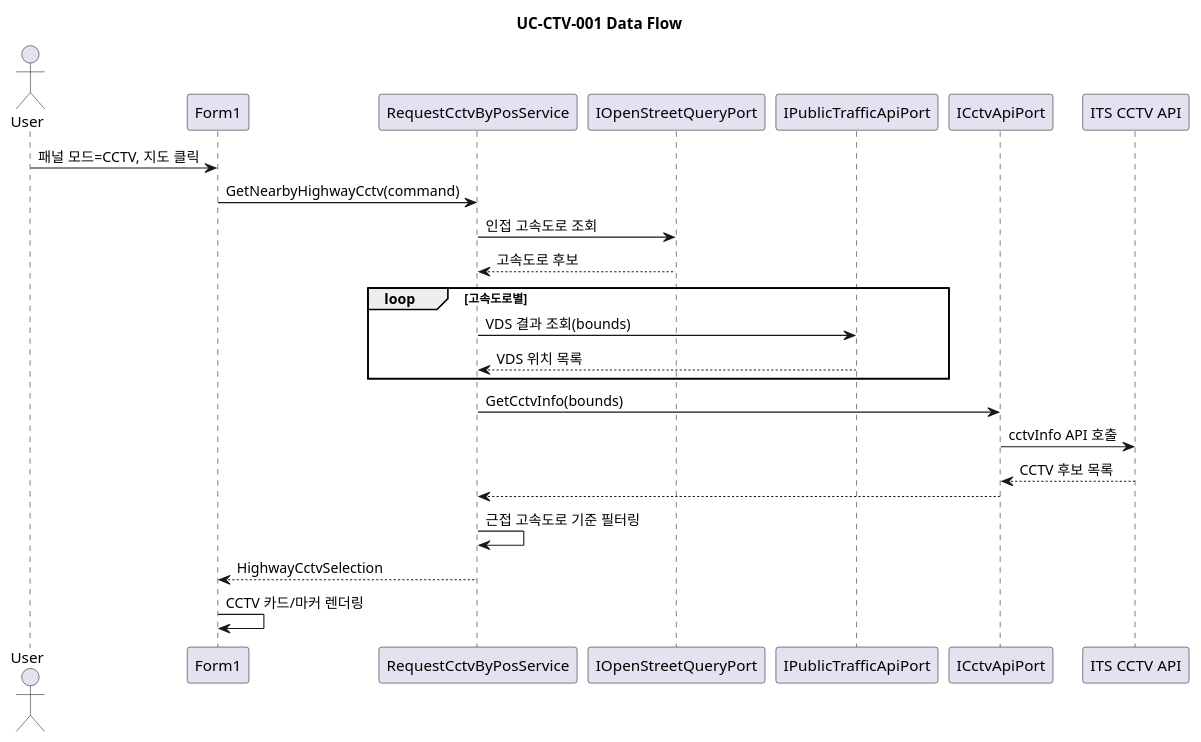
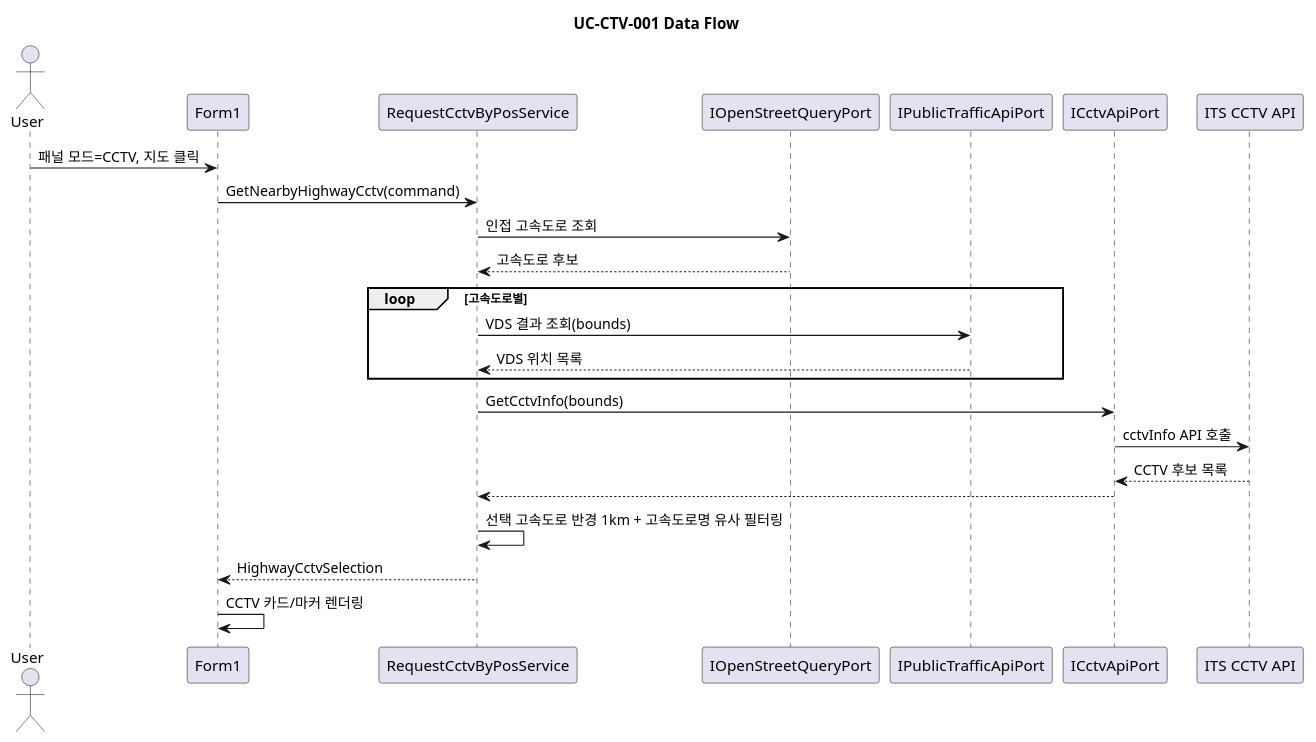
Before and after one commit to omegafrog/TrafficSolution: diagram 11 of 24 in docs/usecase-spec.md, drawn with PlantUML. The commit also changed other lines of this file and 1 other file, not shown here.

Commit message:
docs: CCTV 조회 규칙을 최근접 고속도로·1km·이름 유사 기준으로 동기화

````diff
--- a/docs/usecase-spec.md
+++ b/docs/usecase-spec.md
@@ -329,33 +329,33 @@
 ```plantuml
 @startuml
 title UC-CTV-001 Data Flow
 
 actor User
 participant Form1
 participant "RequestCctvByPosService" as CctvSvc
 participant "IOpenStreetQueryPort" as OpenStreetPort
 participant "IPublicTrafficApiPort" as TrafficApiPort
 participant "ICctvApiPort" as CctvApiPort
 participant "ITS CCTV API" as CctvApi
 
 User -> Form1 : 패널 모드=CCTV, 지도 클릭
 Form1 -> CctvSvc : GetNearbyHighwayCctv(command)
 
 CctvSvc -> OpenStreetPort : 인접 고속도로 조회
 OpenStreetPort --> CctvSvc : 고속도로 후보
 
 loop 고속도로별
   CctvSvc -> TrafficApiPort : VDS 결과 조회(bounds)
   TrafficApiPort --> CctvSvc : VDS 위치 목록
 end
 
 CctvSvc -> CctvApiPort : GetCctvInfo(bounds)
 CctvApiPort -> CctvApi : cctvInfo API 호출
 CctvApi --> CctvApiPort : CCTV 후보 목록
 CctvApiPort --> CctvSvc
 
-CctvSvc -> CctvSvc : 근접 고속도로 기준 필터링
+CctvSvc -> CctvSvc : 선택 고속도로 반경 1km + 고속도로명 유사 필터링
 CctvSvc --> Form1 : HighwayCctvSelection
 Form1 -> Form1 : CCTV 카드/마커 렌더링
 @enduml
 ```
````
